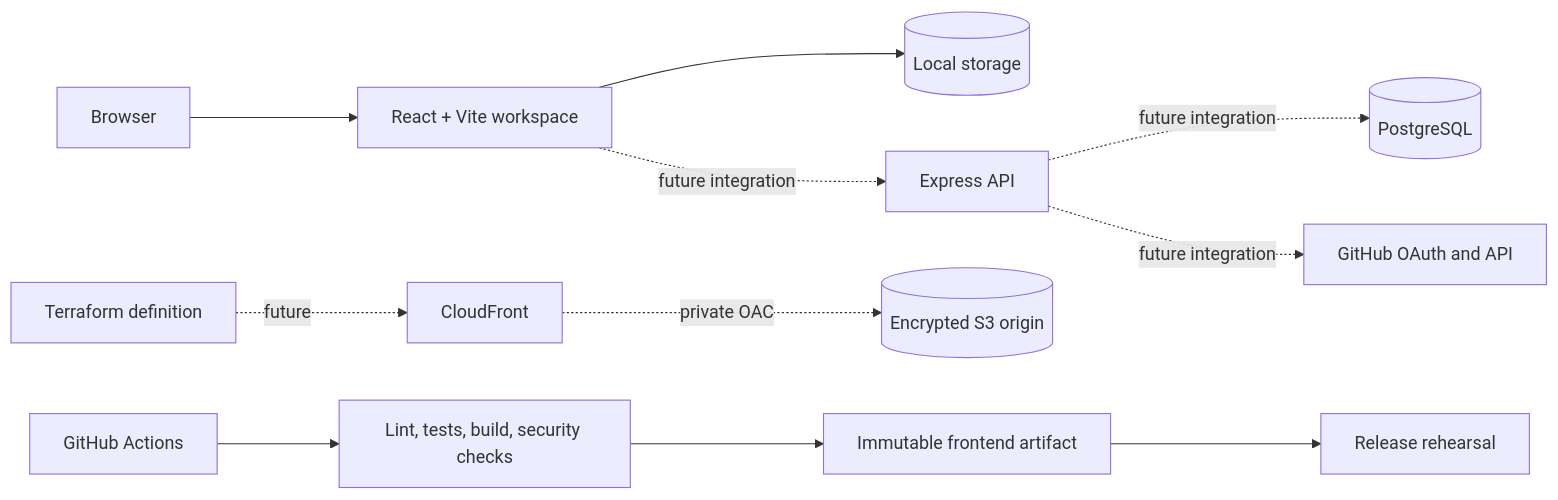
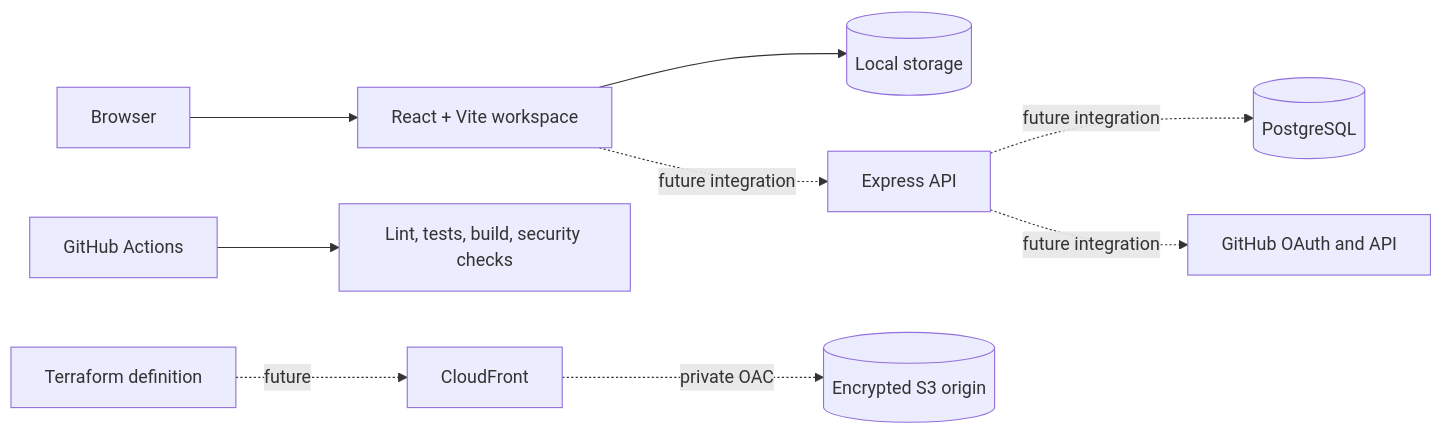
Before and after one commit to zacknguyn/pomodoro-timer: the diagram in README.md, drawn with Mermaid. The commit also changed other lines of this file and 2 other files, not shown here.

First line of the commit message:
fix(ci): simplify checks and patch dependencies

````diff
--- a/README.md
+++ b/README.md
@@ -40,16 +40,14 @@
 ```mermaid
 flowchart LR
     User[Browser] --> App[React + Vite workspace]
     App --> Store[(Local storage)]
 
     Actions[GitHub Actions] --> Checks[Lint, tests, build, security checks]
-    Checks --> Artifact[Immutable frontend artifact]
-    Artifact --> Rehearsal[Release rehearsal]
 
     Terraform[Terraform definition] -. future .-> CDN[CloudFront]
     CDN -. private OAC .-> S3[(Encrypted S3 origin)]
 
     App -. future integration .-> API[Express API]
     API -. future integration .-> Postgres[(PostgreSQL)]
     API -. future integration .-> GitHub[GitHub OAuth and API]
 ```
````
